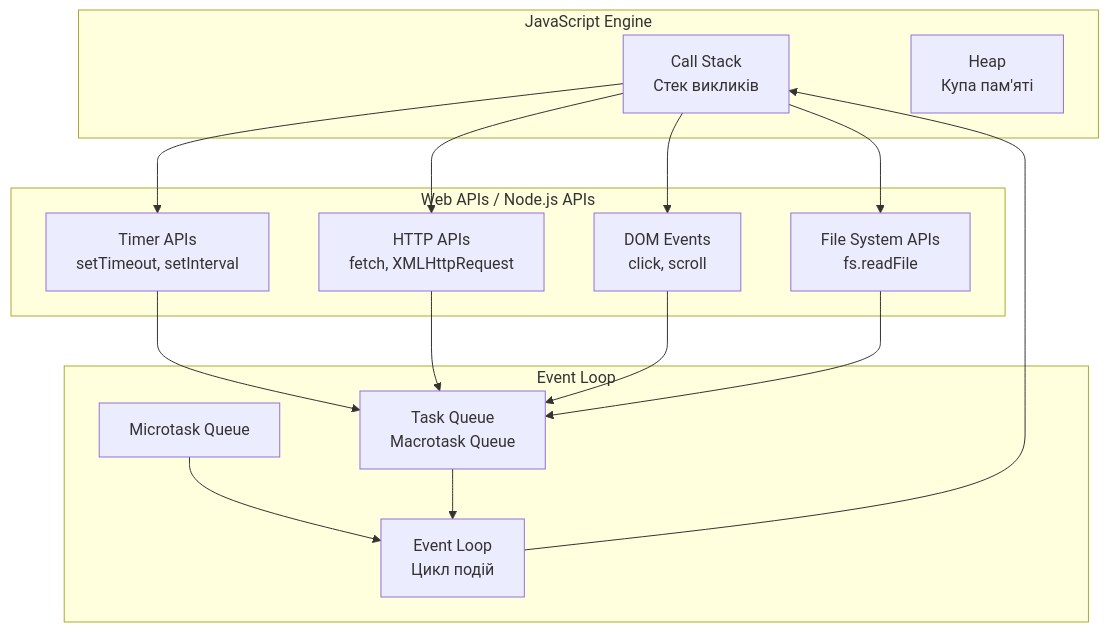
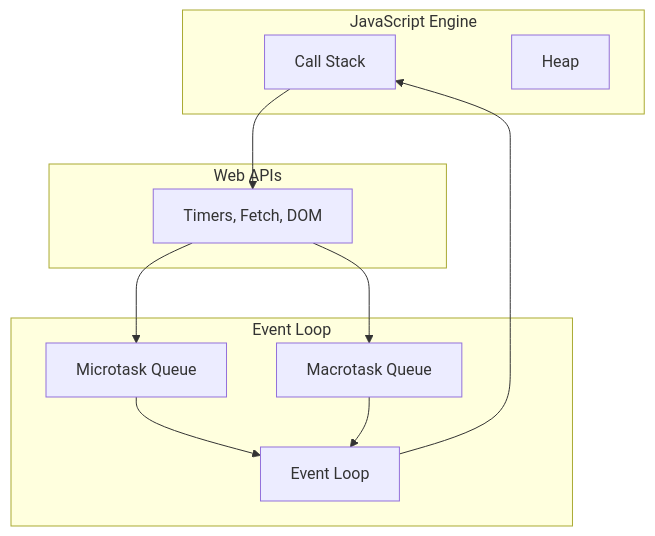
The second of 2 diagrams in docs/lectures/lecture-02.md (olroi421/course-web), drawn with Mermaid before and after one commit. The commit also changed other lines of this file and 3 other files, not shown here.

````diff
--- a/docs/lectures/lecture-02.md
+++ b/docs/lectures/lecture-02.md
@@ -2633,34 +583,22 @@
 ```mermaid
 graph TB
     subgraph "JavaScript Engine"
-        A[Call Stack<br/>Стек викликів]
-        B[Heap<br/>Купа пам'яті]
+        CS[Call Stack]
+        H[Heap]
+    end
+    subgraph "Web APIs"
+        WA[Timers, Fetch, DOM]
+    end
+    subgraph "Event Loop"
+        MT[Macrotask Queue]
+        MC[Microtask Queue]
+        EL[Event Loop]
     end
 
-    subgraph "Web APIs / Node.js APIs"
-        C[Timer APIs<br/>setTimeout, setInterval]
-        D[HTTP APIs<br/>fetch, XMLHttpRequest]
-        E[DOM Events<br/>click, scroll]
-        F[File System APIs<br/>fs.readFile]
-    end
-
-    subgraph "Event Loop"
-        G[Task Queue<br/>Macrotask Queue]
-        H[Microtask Queue]
-        I[Event Loop<br/>Цикл подій]
-    end
-
-    A --> C
-    A --> D
-    A --> E
-    A --> F
-
-    C --> G
-    D --> G
-    E --> G
-    F --> G
-
-    H --> I
-    G --> I
-    I --> A
+    CS --> WA
+    WA --> MT
+    WA --> MC
+    MC --> EL
+    MT --> EL
+    EL --> CS
 ```
````
